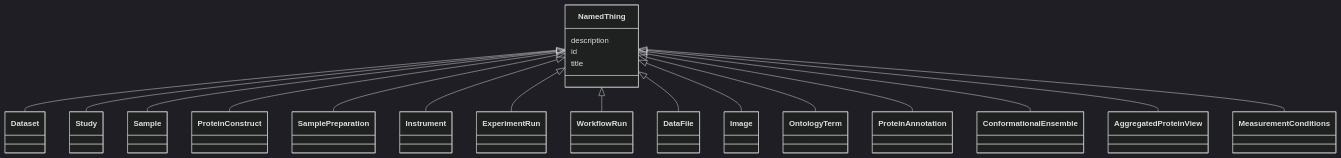
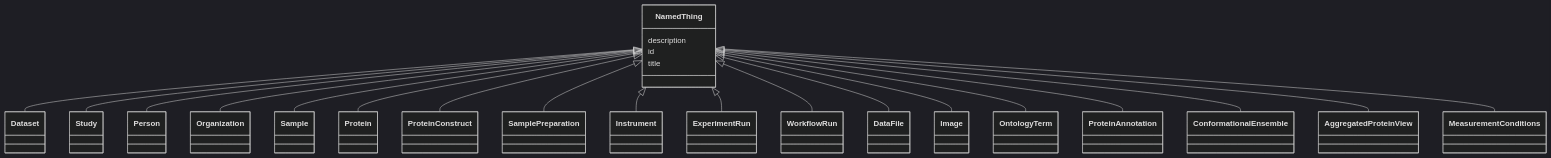
Before and after one commit to lambda-ber/lambda-ber-schema: the diagram in docs/elements/NamedThing.md, drawn with Mermaid (dark theme). The commit also changed other lines of this file and 259 other files, not shown here.

````diff
--- a/docs/elements/NamedThing.md
+++ b/docs/elements/NamedThing.md
@@ -20,43 +20,49 @@
 ```mermaid
  classDiagram
     class NamedThing
     click NamedThing href "../NamedThing/"
       NamedThing <|-- Dataset
         click Dataset href "../Dataset/"
       NamedThing <|-- Study
         click Study href "../Study/"
+      NamedThing <|-- Person
+        click Person href "../Person/"
+      NamedThing <|-- Organization
+        click Organization href "../Organization/"
       NamedThing <|-- Sample
         click Sample href "../Sample/"
+      NamedThing <|-- Protein
+        click Protein href "../Protein/"
       NamedThing <|-- ProteinConstruct
         click ProteinConstruct href "../ProteinConstruct/"
       NamedThing <|-- SamplePreparation
         click SamplePreparation href "../SamplePreparation/"
       NamedThing <|-- Instrument
         click Instrument href "../Instrument/"
       NamedThing <|-- ExperimentRun
         click ExperimentRun href "../ExperimentRun/"
       NamedThing <|-- WorkflowRun
         click WorkflowRun href "../WorkflowRun/"
       NamedThing <|-- DataFile
         click DataFile href "../DataFile/"
       NamedThing <|-- Image
         click Image href "../Image/"
       NamedThing <|-- OntologyTerm
         click OntologyTerm href "../OntologyTerm/"
       NamedThing <|-- ProteinAnnotation
         click ProteinAnnotation href "../ProteinAnnotation/"
       NamedThing <|-- ConformationalEnsemble
         click ConformationalEnsemble href "../ConformationalEnsemble/"
       NamedThing <|-- AggregatedProteinView
         click AggregatedProteinView href "../AggregatedProteinView/"
       NamedThing <|-- MeasurementConditions
         click MeasurementConditions href "../MeasurementConditions/"
       
       NamedThing : description
         
       NamedThing : id
         
       NamedThing : title
         
       
 ```
````
